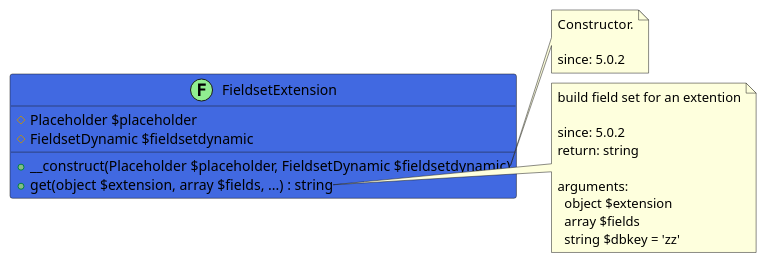
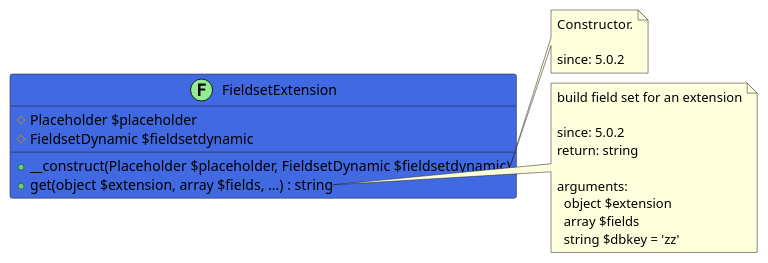
One commit to joomengine/jcb-compiler changed the diagram in src/23f459a4-7c2a-4cbf-b0a6-8a11954140a9/README.md. Above: the diagram before and after it, drawn with PlantUML. The commit also changed 558 other files, not shown here.

````diff
--- a/src/23f459a4-7c2a-4cbf-b0a6-8a11954140a9/README.md
+++ b/src/23f459a4-7c2a-4cbf-b0a6-8a11954140a9/README.md
@@ -12,29 +12,29 @@
 ```uml
 @startuml
 class FieldsetExtension << (F,LightGreen) >> #RoyalBlue {
   # Placeholder $placeholder
   # FieldsetDynamic $fieldsetdynamic
   + __construct(Placeholder $placeholder, FieldsetDynamic $fieldsetdynamic)
   + get(object $extension, array $fields, ...) : string
 }
 
 note right of FieldsetExtension::__construct
   Constructor.
 
   since: 5.0.2
 end note
 
 note right of FieldsetExtension::get
-  build field set for an extention
+  build field set for an extension
 
   since: 5.0.2
   return: string
   
   arguments:
     object $extension
     array $fields
     string $dbkey = 'zz'
 end note
  
 @enduml
 ```
````
